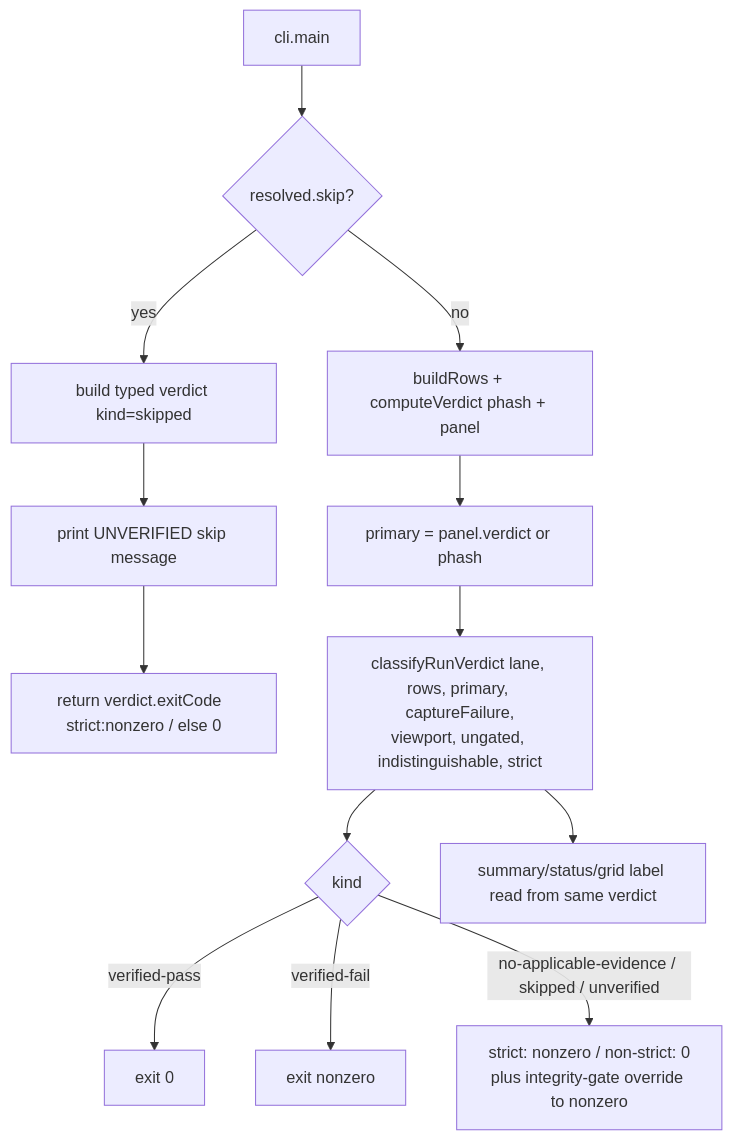
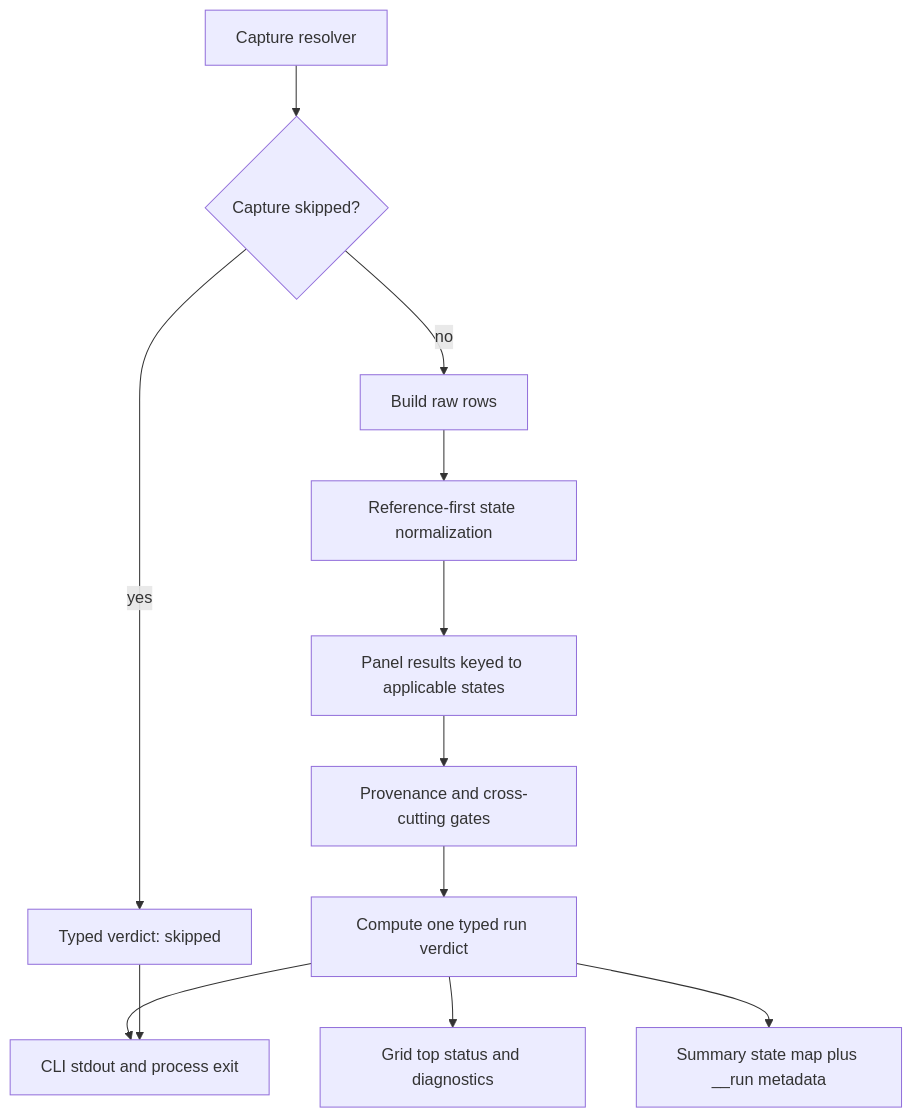
The diagram in docs/plans/2026-07-10-001-fix-strict-device-verified-evidence-plan.md (batu/fabrikav2), drawn with Mermaid before and after one commit. The commit also changed other lines of this file, not shown here.

Commit message:
docs(verify-device): resolve strict verdict red-team gaps

````diff
--- a/docs/plans/2026-07-10-001-fix-strict-device-verified-evidence-plan.md
+++ b/docs/plans/2026-07-10-001-fix-strict-device-verified-evidence-plan.md
@@ -115,15 +126,14 @@
 ```mermaid
 flowchart TB
-  A[cli.main] --> B{resolved.skip?}
-  B -->|yes| C[build typed verdict kind=skipped]
-  C --> D[print UNVERIFIED skip message]
-  D --> E[return verdict.exitCode  strict:nonzero / else 0]
-  B -->|no| F[buildRows + computeVerdict phash + panel]
-  F --> G[primary = panel.verdict or phash]
-  G --> H[classifyRunVerdict lane, rows, primary, captureFailure,\nviewport, ungated, indistinguishable, strict]
-  H --> I{kind}
-  I -->|verified-pass| J[exit 0]
-  I -->|verified-fail| K[exit nonzero]
-  I -->|no-applicable-evidence / skipped / unverified| L[strict: nonzero / non-strict: 0\nplus integrity-gate override to nonzero]
-  H --> M[summary/status/grid label read from same verdict]
+  A[Capture resolver] --> B{Capture skipped?}
+  B -->|yes| C[Typed verdict: skipped]
+  B -->|no| D[Build raw rows]
+  D --> E[Reference-first state normalization]
+  E --> F[Panel results keyed to applicable states]
+  F --> G[Provenance and cross-cutting gates]
+  G --> H[Compute one typed run verdict]
+  H --> I[Grid top status and diagnostics]
+  H --> J[Summary state map plus __run metadata]
+  H --> K[CLI stdout and process exit]
+  C --> K
 ```
````
